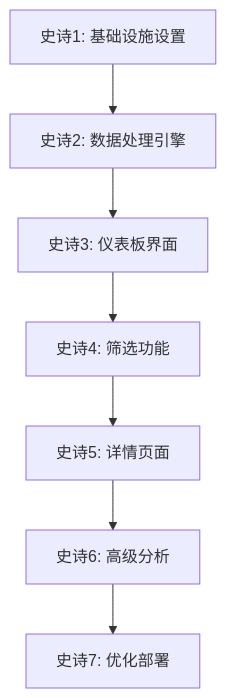
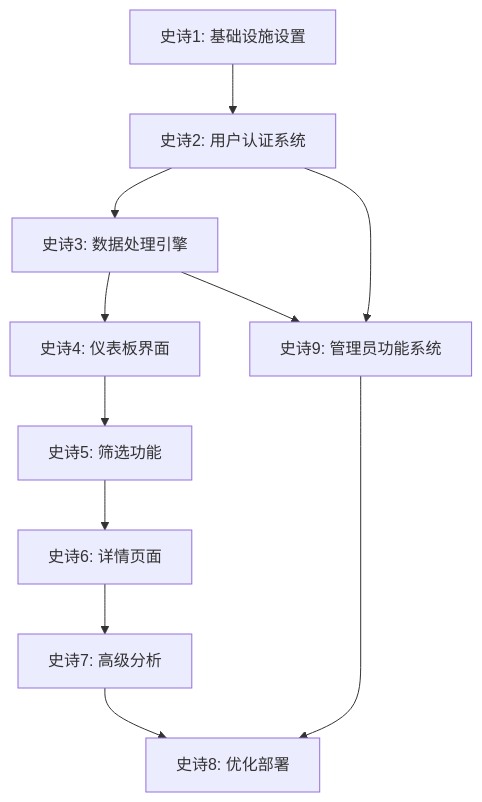
One commit to Markmu/sector-strength changed the diagram in docs/epic-roadmap.md. Above: the diagram before and after it, drawn with Mermaid. The commit also changed other lines of this file and 786 other files, not shown here.

````diff
--- a/docs/epic-roadmap.md
+++ b/docs/epic-roadmap.md
@@ -8,9 +8,13 @@
 ```mermaid
 graph TD
-    A[史诗1: 基础设施设置] --> B[史诗2: 数据处理引擎]
-    B --> C[史诗3: 仪表板界面]
-    C --> D[史诗4: 筛选功能]
-    D --> E[史诗5: 详情页面]
-    E --> F[史诗6: 高级分析]
-    F --> G[史诗7: 优化部署]
+    A[史诗1: 基础设施设置] --> B[史诗2: 用户认证系统]
+    B --> C[史诗3: 数据处理引擎]
+    C --> D[史诗4: 仪表板界面]
+    B --> I[史诗9: 管理员功能系统]
+    C --> I
+    D --> E[史诗5: 筛选功能]
+    E --> F[史诗6: 详情页面]
+    F --> G[史诗7: 高级分析]
+    G --> H[史诗8: 优化部署]
+    I --> H
 ```
````
